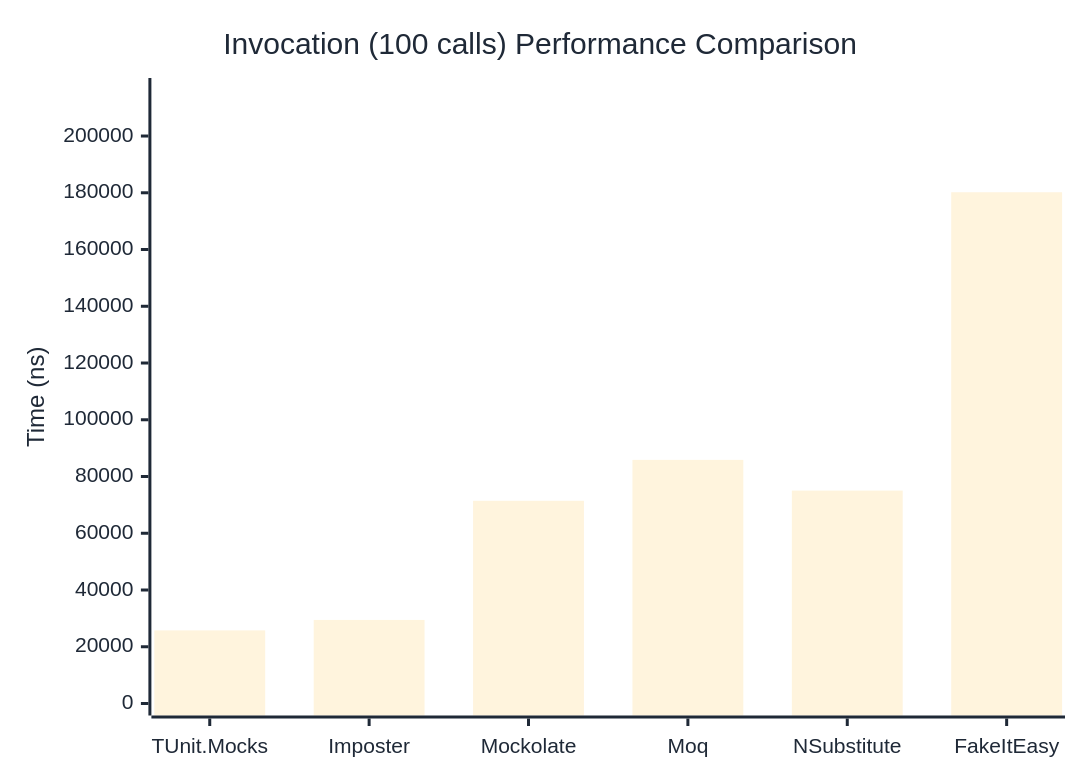
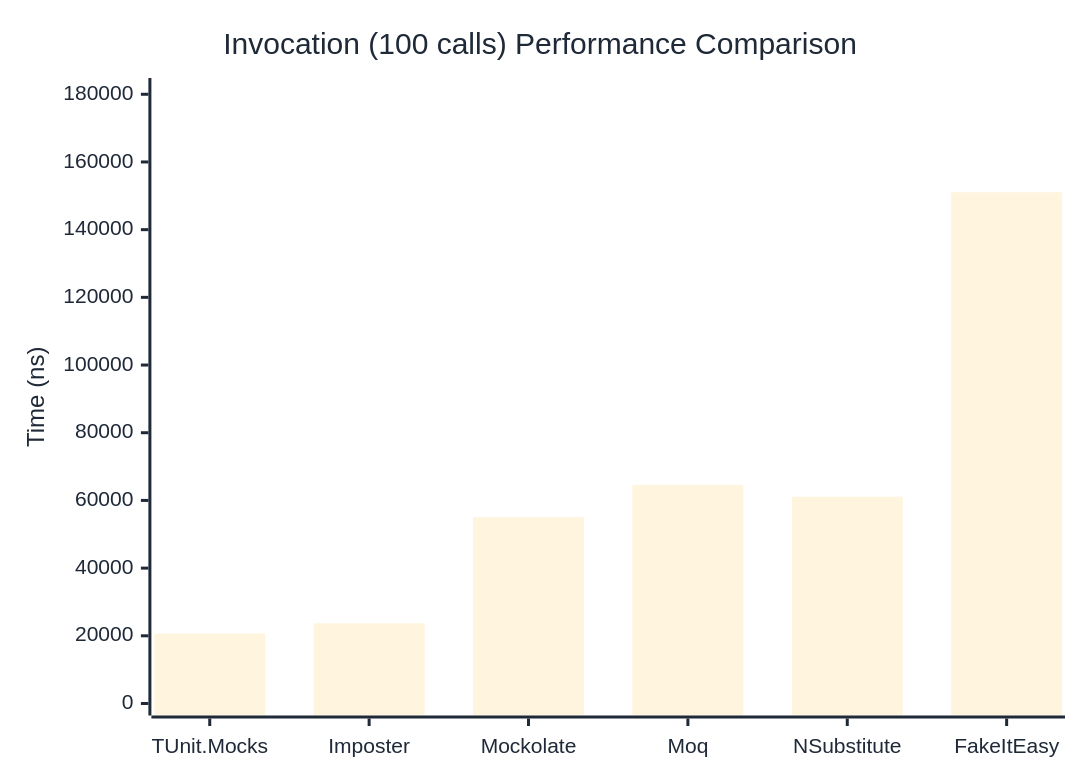
The third of 3 diagrams in docs/docs/benchmarks/mocks/Invocation.md (thomhurst/TUnit), drawn with Mermaid before and after one commit. The commit also changed other lines of this file and 14 other files, not shown here.

````diff
--- a/docs/docs/benchmarks/mocks/Invocation.md
+++ b/docs/docs/benchmarks/mocks/Invocation.md
@@ -110,27 +110,27 @@
 ```mermaid
 %%{init: {
   'theme':'base',
   'themeVariables': {
     'primaryColor': '#2563eb',
     'primaryTextColor': '#1f2937',
     'primaryBorderColor': '#1e40af',
     'lineColor': '#6b7280',
     'secondaryColor': '#7c3aed',
     'tertiaryColor': '#dc2626',
     'background': '#ffffff',
     'pie1': '#2563eb',
     'pie2': '#7c3aed',
     'pie3': '#dc2626',
     'pie4': '#f59e0b',
     'pie5': '#10b981',
     'pie6': '#06b6d4',
     'pie7': '#ec4899',
     'pie8': '#6366f1'
   }
 }}%%
 xychart-beta
   title "Invocation (100 calls) Performance Comparison"
   x-axis ["TUnit.Mocks", "Imposter", "Mockolate", "Moq", "NSubstitute", "FakeItEasy"]
-  y-axis "Time (ns)" 0 --> 216222
-  bar [25763, 29448.9, 71439, 85863.6, 75038.3, 180185]
+  y-axis "Time (ns)" 0 --> 181263
+  bar [20654.3, 23684.3, 55071.4, 64592.3, 61095.9, 151051.9]
 ```
````
